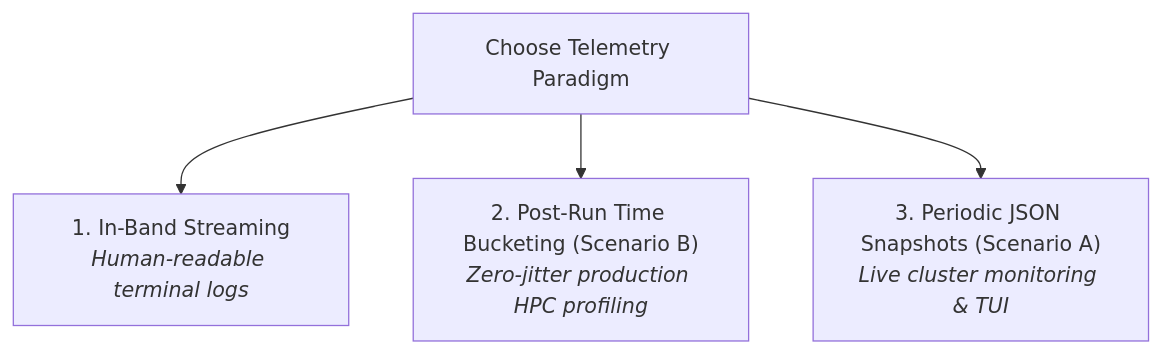
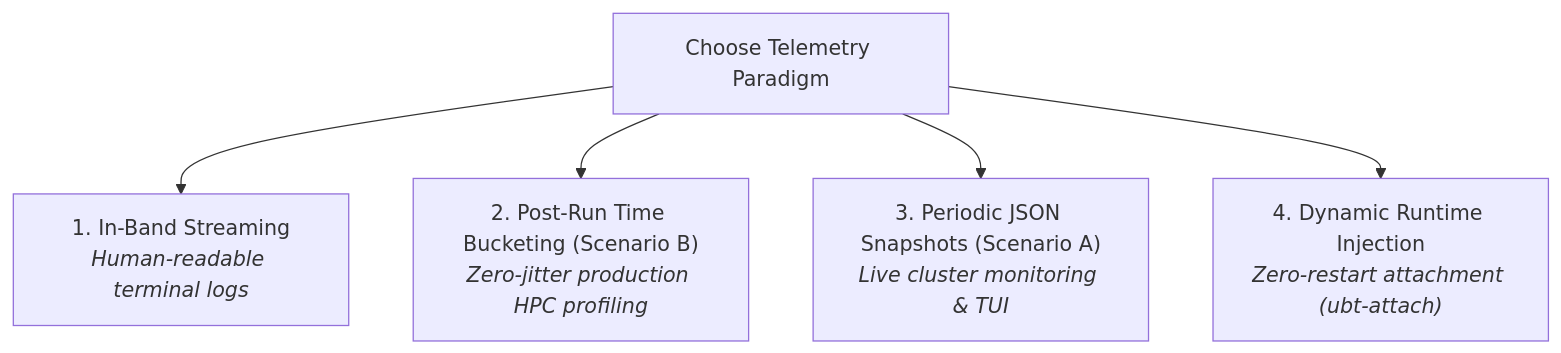
Before and after one commit to TaebinChoe/ubpftrace: the diagram in docs/user_guide.md, drawn with Mermaid. The commit also changed other lines of this file and 65 other files, not shown here.

First line of the commit message:
feat(attach): implement ubt-attach runtime injection, hot-patching, and comprehensive documentation overhaul

````diff
--- a/docs/user_guide.md
+++ b/docs/user_guide.md
@@ -218,6 +218,7 @@
 ```mermaid
 flowchart TD
     Start["Choose Telemetry Paradigm"] --> P1["1. In-Band Streaming<br><i>Human-readable terminal logs</i>"]
     Start --> P2["2. Post-Run Time Bucketing (Scenario B)<br><i>Zero-jitter production HPC profiling</i>"]
     Start --> P3["3. Periodic JSON Snapshots (Scenario A)<br><i>Live cluster monitoring & TUI</i>"]
+    Start --> P4["4. Dynamic Runtime Injection<br><i>Zero-restart attachment (ubt-attach)</i>"]
 ```
````
